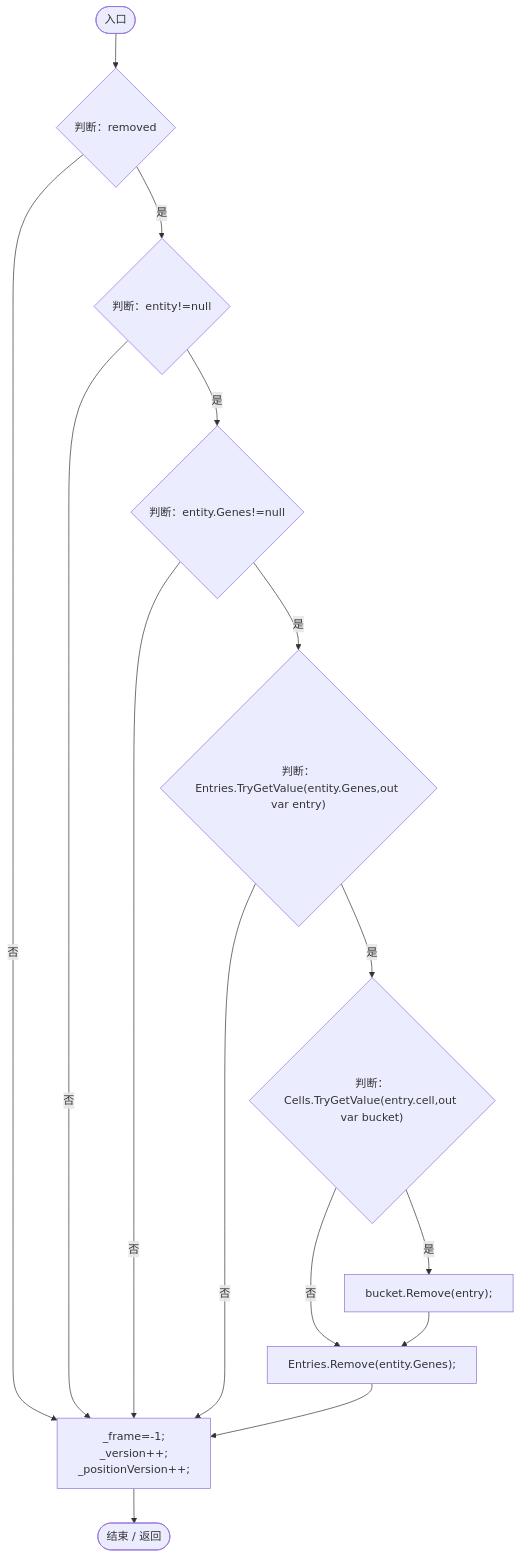
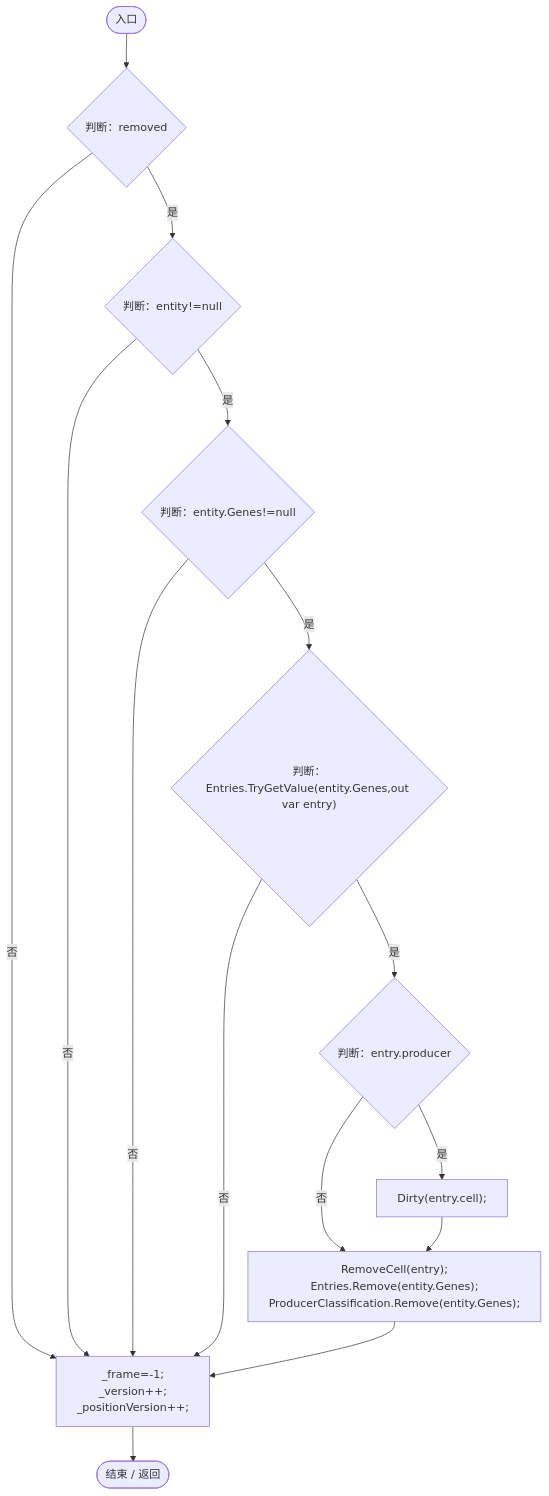
One commit to xhs6666/Darwin_paradise changed the tenth of 18 diagrams in Docs/运行流程图/脚本/e5e24c4aff0395b1.md. Above: the diagram before and after it, drawn with Mermaid. The commit also changed other lines of this file and 233 other files, not shown here.

````diff
--- a/Docs/运行流程图/脚本/e5e24c4aff0395b1.md
+++ b/Docs/运行流程图/脚本/e5e24c4aff0395b1.md
@@ -281,28 +400,28 @@
 ```mermaid
 flowchart TD
   b0(["入口"])
   b1{"判断：removed"}
   b2{"判断：entity!=null"}
   b3{"判断：entity.Genes!=null"}
   b4{"判断：Entries.TryGetValue(entity.Genes,out var entry)"}
-  b5{"判断：Cells.TryGetValue(entry.cell,out var bucket)"}
-  b6["bucket.Remove(entry);"]
-  b7["Entries.Remove(entity.Genes);"]
+  b5{"判断：entry.producer"}
+  b6["Dirty(entry.cell);"]
+  b7["RemoveCell(entry);<br/>Entries.Remove(entity.Genes);<br/>ProducerClassification.Remove(entity.Genes);"]
   b8["_frame=-1;<br/>_version++;<br/>_positionVersion++;"]
   b9(["结束 / 返回"])
   b0 --> b1
   b1 -->|"是"| b2
   b1 -->|"否"| b8
   b2 -->|"是"| b3
   b2 -->|"否"| b8
   b3 -->|"是"| b4
   b3 -->|"否"| b8
   b4 -->|"是"| b5
   b4 -->|"否"| b8
   b5 -->|"是"| b6
   b5 -->|"否"| b7
   b6 --> b7
   b7 --> b8
   b8 --> b9
 
 ```
````
